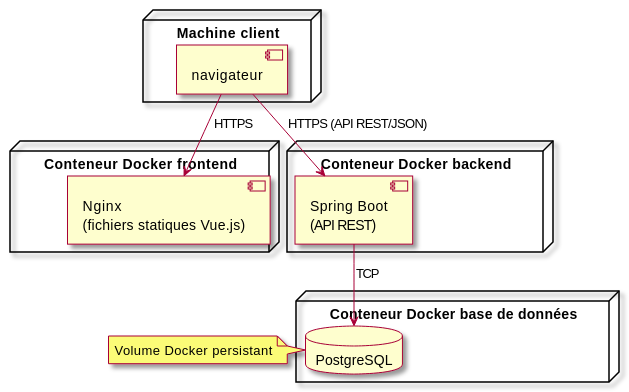
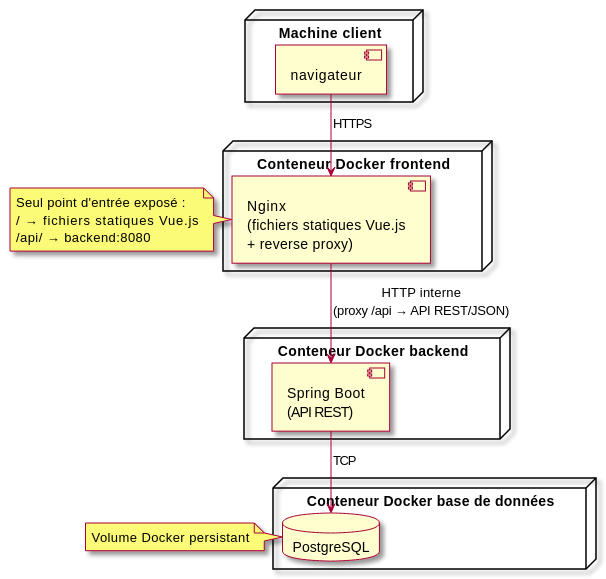
The second of 35 diagrams in docs/03-Conception.md (mrajaonson/glg204-room-management-system), drawn with PlantUML before and after one commit. The commit also changed other lines of this file, not shown here.

````diff
--- a/docs/03-Conception.md
+++ b/docs/03-Conception.md
@@ -193,30 +200,36 @@
 ```plantuml
 @startuml
 !pragma layout smetana
 skin rose
 
 node "Machine client" {
   component navigateur
 }
 
 node "Conteneur Docker frontend" {
-  component "Nginx\n(fichiers statiques Vue.js)" as nginx
+  component "Nginx\n(fichiers statiques Vue.js\n+ reverse proxy)" as nginx
 }
 
 node "Conteneur Docker backend" {
   component "Spring Boot\n(API REST)" as spring
 }
 
 node "Conteneur Docker base de données" {
   database "PostgreSQL" as db
 }
 
 navigateur --> nginx : HTTPS
-navigateur --> spring : HTTPS (API REST/JSON)
+nginx --> spring : HTTP interne\n(proxy /api → API REST/JSON)
 spring --> db : TCP
+
+note right of nginx
+  Seul point d'entrée exposé :
+  /      → fichiers statiques Vue.js
+  /api/  → backend:8080
+end note
 
 note right of db
   Volume Docker persistant
 end note
 @enduml
 ```
````
